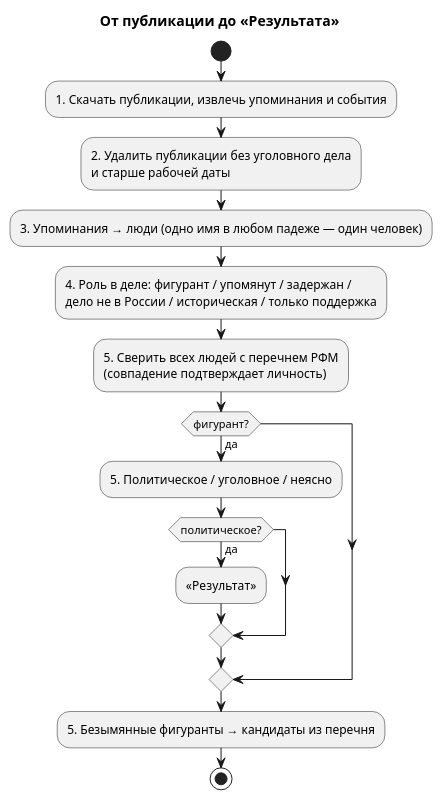
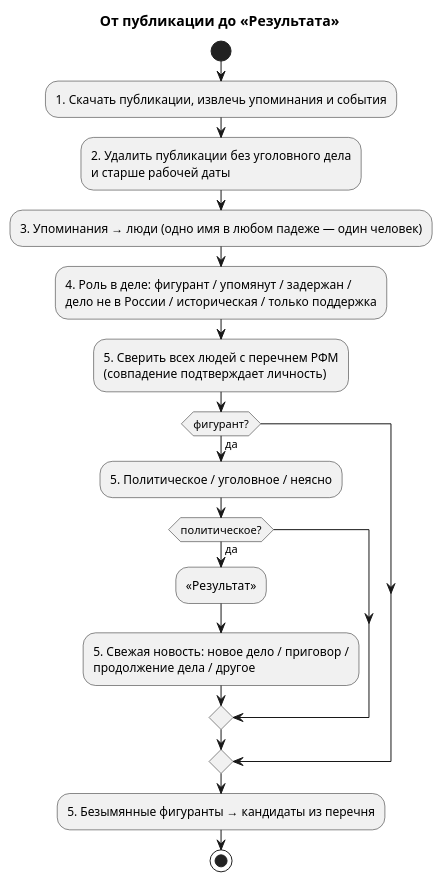
The diagram in docs/wiki/Pipeline.md (megannnn98/court-monitor), drawn with PlantUML before and after one commit. The commit also changed other lines of this file and 19 other files, not shown here.

````diff
--- a/docs/wiki/Pipeline.md
+++ b/docs/wiki/Pipeline.md
@@ -46,19 +46,20 @@
 ```plantuml
 @startuml
 title От публикации до «Результата»
 start
 :1. Скачать публикации, извлечь упоминания и события;
 :2. Удалить публикации без уголовного дела\nи старше рабочей даты;
 :3. Упоминания → люди (одно имя в любом падеже — один человек);
 :4. Роль в деле: фигурант / упомянут / задержан /\nдело не в России / историческая / только поддержка;
 :5. Сверить всех людей с перечнем РФМ\n(совпадение подтверждает личность);
 if (фигурант?) then (да)
   :5. Политическое / уголовное / неясно;
   if (политическое?) then (да)
     :«Результат»;
+    :5. Свежая новость: новое дело / приговор /\nпродолжение дела / другое;
   endif
 endif
 :5. Безымянные фигуранты → кандидаты из перечня;
 stop
 @enduml
 ```
````
